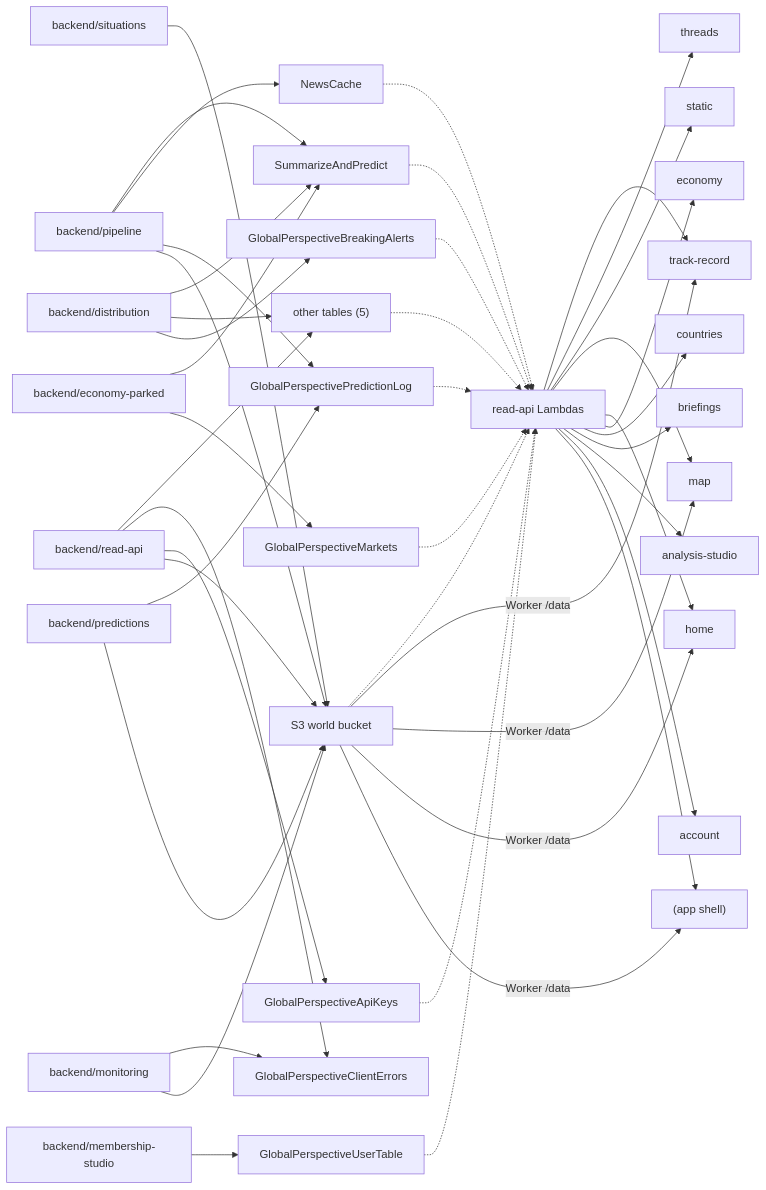
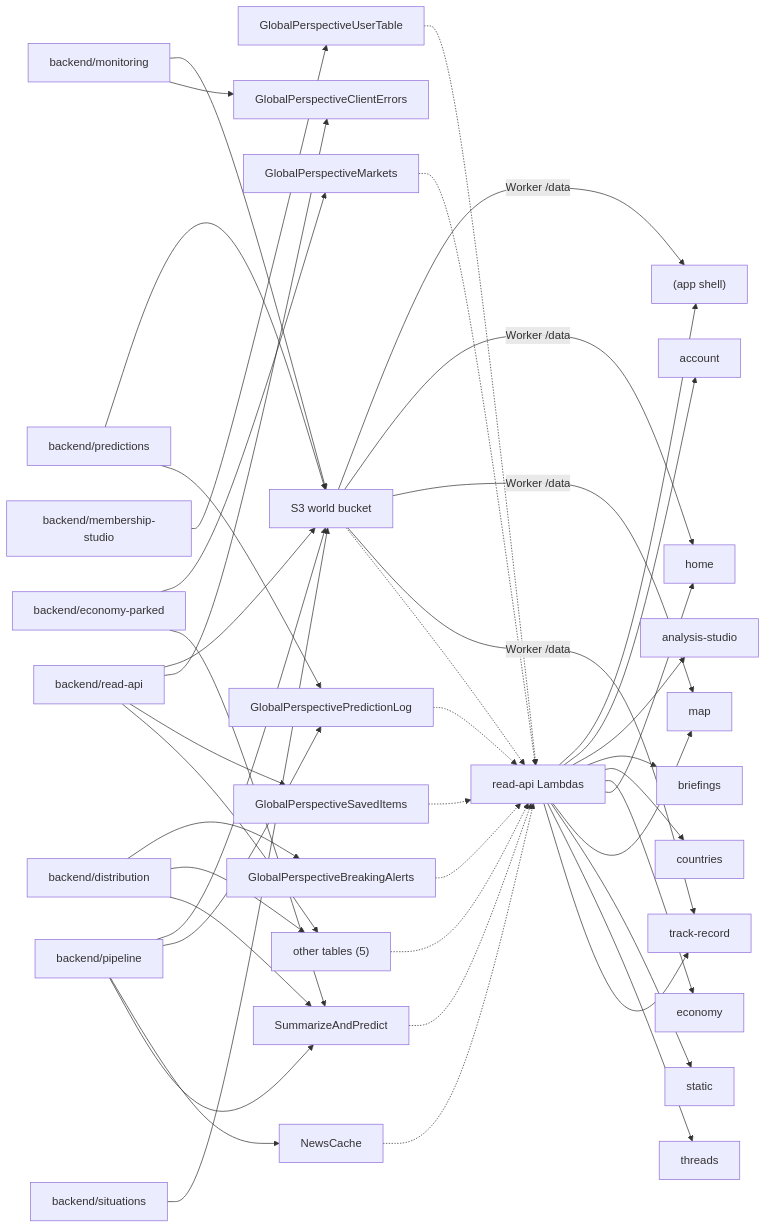
The diagram in project-docs/reference/data-links.md (BenBen05059997/globalPerspective-v1), drawn with Mermaid before and after one commit. The commit also changed other lines of this file and 32 other files, not shown here.

First line of the commit message:
Board stage 3: features/board (/board graph view, drag and keyboard connect, verdict card, keep/cut/restore strings, presets, pin budget), boardAction in restProxy, ROUTE.board in both link cores, dev-only fake backend, reference regenerated; local only, not released

````diff
--- a/project-docs/reference/data-links.md
+++ b/project-docs/reference/data-links.md
@@ -100,76 +101,76 @@
 ```mermaid
 flowchart LR
   READ_API["read-api Lambdas"]
   T_GlobalPerspectiveUserTable["GlobalPerspectiveUserTable"]
   G_membership_studio["backend/membership-studio"]
   F_home["home"]
   F_track_record["track-record"]
   F_briefings["briefings"]
   F_countries["countries"]
   F_account["account"]
   F_map["map"]
-  F_analysis_studio["analysis-studio"]
   T_NewsCache["NewsCache"]
   G_pipeline["backend/pipeline"]
+  F__app_shell_["(app shell)"]
   F_threads["threads"]
-  F__app_shell_["(app shell)"]
   T_SummarizeAndPredict["SummarizeAndPredict"]
   G_economy_parked["backend/economy-parked"]
   G_distribution["backend/distribution"]
   F_economy["economy"]
   T_GlobalPerspectiveBreakingAlerts["GlobalPerspectiveBreakingAlerts"]
   T_GlobalPerspectiveClientErrors["GlobalPerspectiveClientErrors"]
   G_read_api["backend/read-api"]
   G_monitoring["backend/monitoring"]
   T_GlobalPerspectiveMarkets["GlobalPerspectiveMarkets"]
   S3["S3 world bucket"]
   G_situations["backend/situations"]
   T_OTHER["other tables (5)"]
   T_GlobalPerspectivePredictionLog["GlobalPerspectivePredictionLog"]
   G_predictions["backend/predictions"]
+  T_GlobalPerspectiveSavedItems["GlobalPerspectiveSavedItems"]
   F_static["static"]
-  T_GlobalPerspectiveApiKeys["GlobalPerspectiveApiKeys"]
+  F_analysis_studio["analysis-studio"]
   G_distribution --> T_GlobalPerspectiveBreakingAlerts
   G_distribution --> T_OTHER
   G_distribution --> T_SummarizeAndPredict
   G_economy_parked --> T_GlobalPerspectiveMarkets
   G_economy_parked --> T_SummarizeAndPredict
   G_membership_studio --> T_GlobalPerspectiveUserTable
   G_monitoring --> S3
   G_monitoring --> T_GlobalPerspectiveClientErrors
   G_pipeline --> S3
   G_pipeline --> T_GlobalPerspectivePredictionLog
   G_pipeline --> T_NewsCache
   G_pipeline --> T_SummarizeAndPredict
   G_predictions --> S3
   G_predictions --> T_GlobalPerspectivePredictionLog
   G_read_api --> S3
-  G_read_api --> T_GlobalPerspectiveApiKeys
   G_read_api --> T_GlobalPerspectiveClientErrors
+  G_read_api --> T_GlobalPerspectiveSavedItems
   G_read_api --> T_OTHER
   G_situations --> S3
   READ_API --> F__app_shell_
   READ_API --> F_account
   READ_API --> F_analysis_studio
   READ_API --> F_briefings
   READ_API --> F_countries
   READ_API --> F_economy
   READ_API --> F_home
   READ_API --> F_map
   READ_API --> F_static
   READ_API --> F_threads
   READ_API --> F_track_record
   S3 -->|Worker /data| F__app_shell_
   S3 -->|Worker /data| F_home
   S3 -->|Worker /data| F_map
   S3 -->|Worker /data| F_track_record
   S3 -.-> READ_API
-  T_GlobalPerspectiveApiKeys -.-> READ_API
   T_GlobalPerspectiveBreakingAlerts -.-> READ_API
   T_GlobalPerspectiveMarkets -.-> READ_API
   T_GlobalPerspectivePredictionLog -.-> READ_API
+  T_GlobalPerspectiveSavedItems -.-> READ_API
   T_GlobalPerspectiveUserTable -.-> READ_API
   T_NewsCache -.-> READ_API
   T_OTHER -.-> READ_API
   T_SummarizeAndPredict -.-> READ_API
 ```
````
